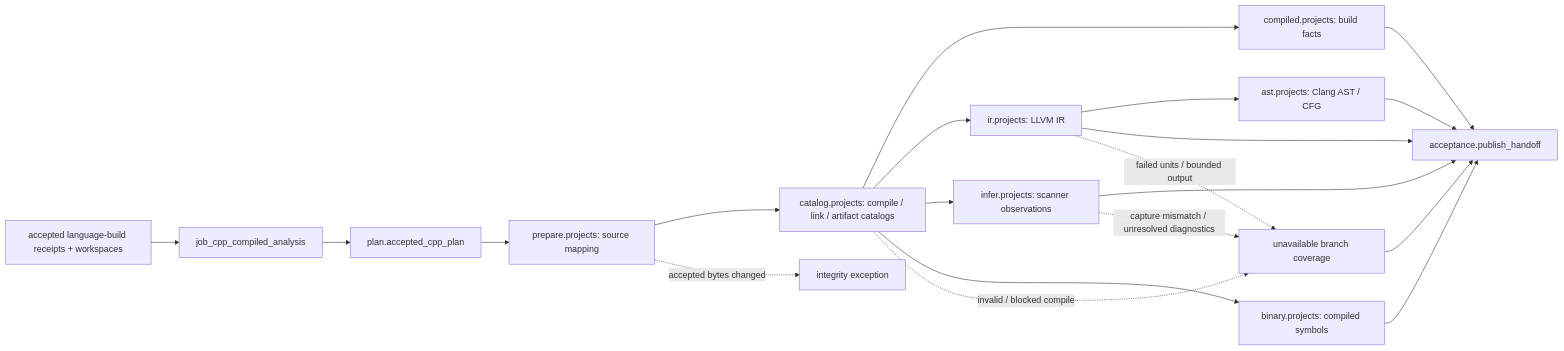
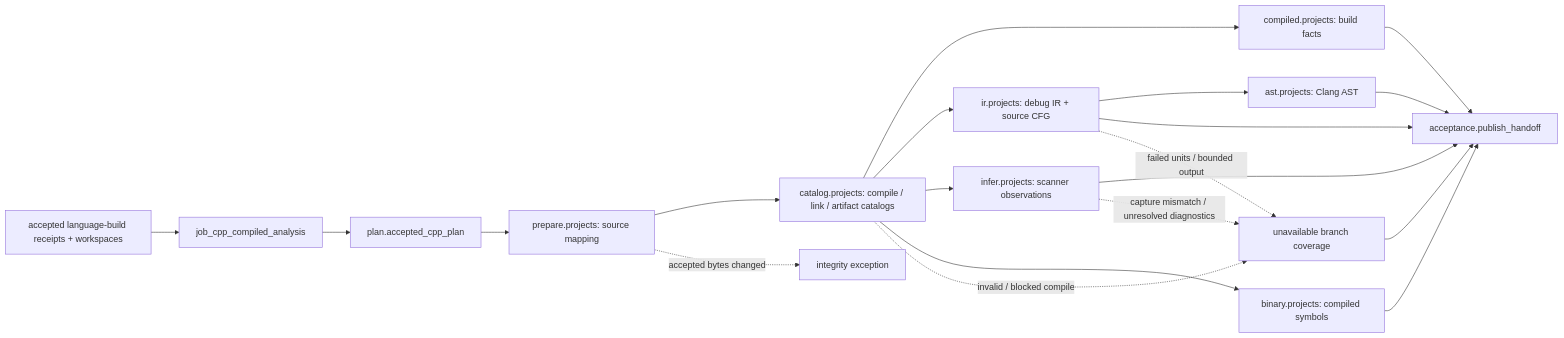
Before and after one commit to wsollers/appsec-review: the second of 2 diagrams in docs/operations/job_cpp_compiled_analysis.md, drawn with Mermaid. The commit also changed other lines of this file and 10 other files, not shown here.

First line of the commit message:
Preserve compiled outcomes, full-mode flow and accepted build context

````diff
--- a/docs/operations/job_cpp_compiled_analysis.md
+++ b/docs/operations/job_cpp_compiled_analysis.md
@@ -358,22 +378,22 @@
 ```mermaid
 flowchart LR
   build["accepted language-build receipts + workspaces"] --> job["job_cpp_compiled_analysis"]
   job --> plan["plan.accepted_cpp_plan"]
   plan --> prepare["prepare.projects: source mapping"]
   prepare --> catalog["catalog.projects: compile / link / artifact catalogs"]
   catalog --> compiled["compiled.projects: build facts"]
-  catalog --> ir["ir.projects: LLVM IR"]
-  ir --> ast["ast.projects: Clang AST / CFG"]
+  catalog --> ir["ir.projects: debug IR + source CFG"]
+  ir --> ast["ast.projects: Clang AST"]
   catalog --> infer["infer.projects: scanner observations"]
   catalog --> binary["binary.projects: compiled symbols"]
   compiled --> publish["acceptance.publish_handoff"]
   ir --> publish
   ast --> publish
   infer --> publish
   binary --> publish
   catalog -. "invalid / blocked compile" .-> gaps["unavailable branch coverage"]
   ir -. "failed units / bounded output" .-> gaps
   infer -. "capture mismatch / unresolved diagnostics" .-> gaps
   gaps --> publish
   prepare -. "accepted bytes changed" .-> stop["integrity exception"]
 ```
````
